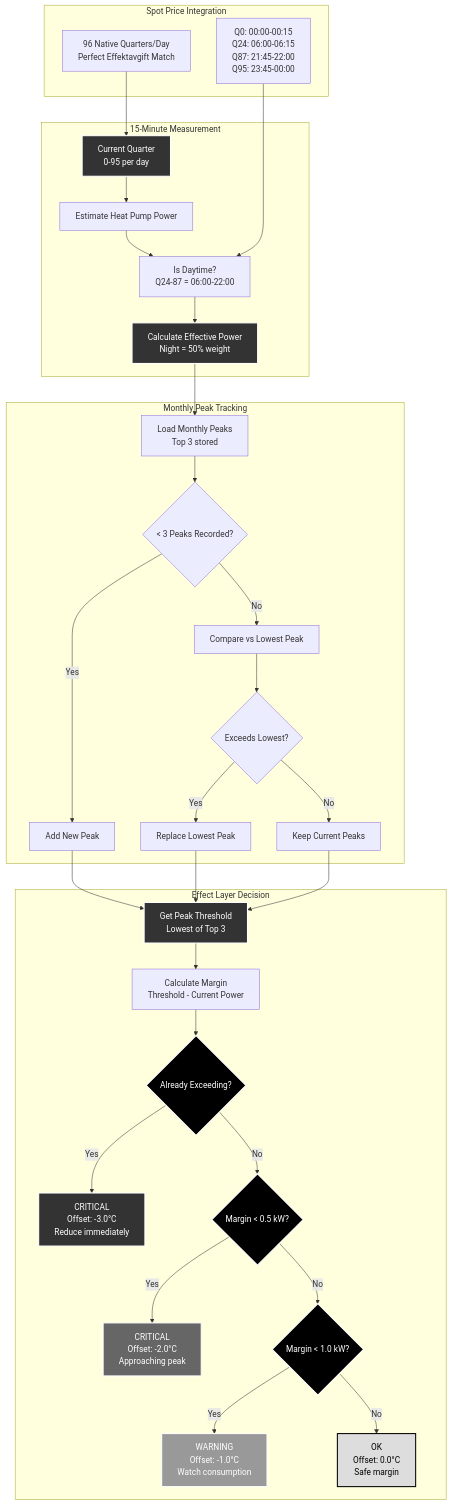
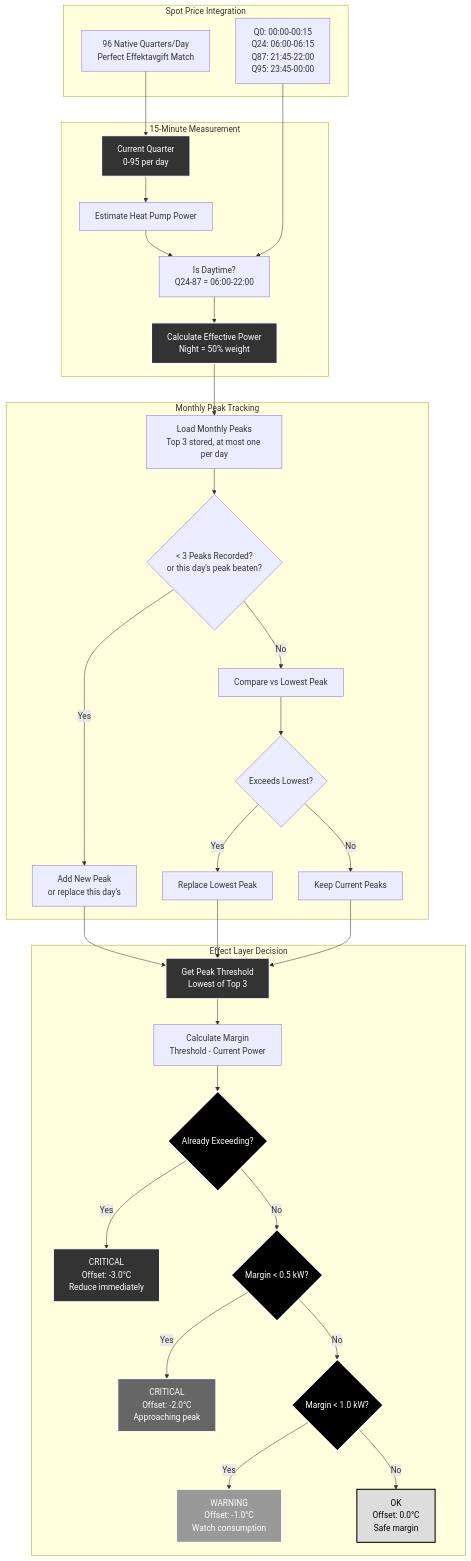
Before and after one commit to enoch85/EffektGuard: the diagram in docs/architecture/03_effect_tariff_protection.md, drawn with Mermaid. The commit also changed other lines of this file and 32 other files, not shown here.

````diff
--- a/docs/architecture/03_effect_tariff_protection.md
+++ b/docs/architecture/03_effect_tariff_protection.md
@@ -5,82 +5,82 @@
 ```mermaid
 flowchart TD
     subgraph "15-Minute Measurement"
         A[Current Quarter<br/>0-95 per day]
         B[Estimate Heat Pump Power]
         C[Is Daytime?<br/>Q24-87 = 06:00-22:00]
         D[Calculate Effective Power<br/>Night = 50% weight]
     end
 
     subgraph "Monthly Peak Tracking"
-        E[Load Monthly Peaks<br/>Top 3 stored]
-        F{< 3 Peaks Recorded?}
-        G[Add New Peak]
+        E[Load Monthly Peaks<br/>Top 3 stored, at most one per day]
+        F{< 3 Peaks Recorded?<br/>or this day's peak beaten?}
+        G[Add New Peak<br/>or replace this day's]
         H[Compare vs Lowest Peak]
         I{Exceeds Lowest?}
         J[Replace Lowest Peak]
         K[Keep Current Peaks]
     end
 
     subgraph "Effect Layer Decision"
         L[Get Peak Threshold<br/>Lowest of Top 3]
         M[Calculate Margin<br/>Threshold - Current Power]
         
         N{Already Exceeding?}
         O[CRITICAL<br/>Offset: -3.0°C<br/>Reduce immediately]
         
         P{Margin < 0.5 kW?}
         Q[CRITICAL<br/>Offset: -2.0°C<br/>Approaching peak]
         
         R{Margin < 1.0 kW?}
         S[WARNING<br/>Offset: -1.0°C<br/>Watch consumption]
         
         T[OK<br/>Offset: 0.0°C<br/>Safe margin]
     end
 
     subgraph "Spot Price Integration"
         U[96 Native Quarters/Day<br/>Perfect Effektavgift Match]
         V[Q0: 00:00-00:15<br/>Q24: 06:00-06:15<br/>Q87: 21:45-22:00<br/>Q95: 23:45-00:00]
     end
 
     %% Flow
     A --> B
     B --> C
     C --> D
     D --> E
     E --> F
     F -->|Yes| G
     F -->|No| H
     H --> I
     I -->|Yes| J
     I -->|No| K
     
     G --> L
     J --> L
     K --> L
     L --> M
     M --> N
     N -->|Yes| O
     N -->|No| P
     P -->|Yes| Q
     P -->|No| R
     R -->|Yes| S
     R -->|No| T
 
     %% Spot Price connection
     U --> A
     V --> C
 
     %% Styling
     style A fill:#333,stroke:#fff,stroke-width:2px,color:#fff
     style D fill:#333,stroke:#fff,stroke-width:2px,color:#fff
     style L fill:#333,stroke:#fff,stroke-width:2px,color:#fff
     
     style N fill:#000,stroke:#fff,stroke-width:2px,color:#fff
     style P fill:#000,stroke:#fff,stroke-width:2px,color:#fff  
     style R fill:#000,stroke:#fff,stroke-width:2px,color:#fff
     
     style O fill:#333,stroke:#fff,stroke-width:2px,color:#fff
     style Q fill:#666,stroke:#fff,stroke-width:2px,color:#fff
     style S fill:#999,stroke:#fff,stroke-width:2px,color:#fff
     style T fill:#ddd,stroke:#000,stroke-width:2px,color:#000
 ```
````
